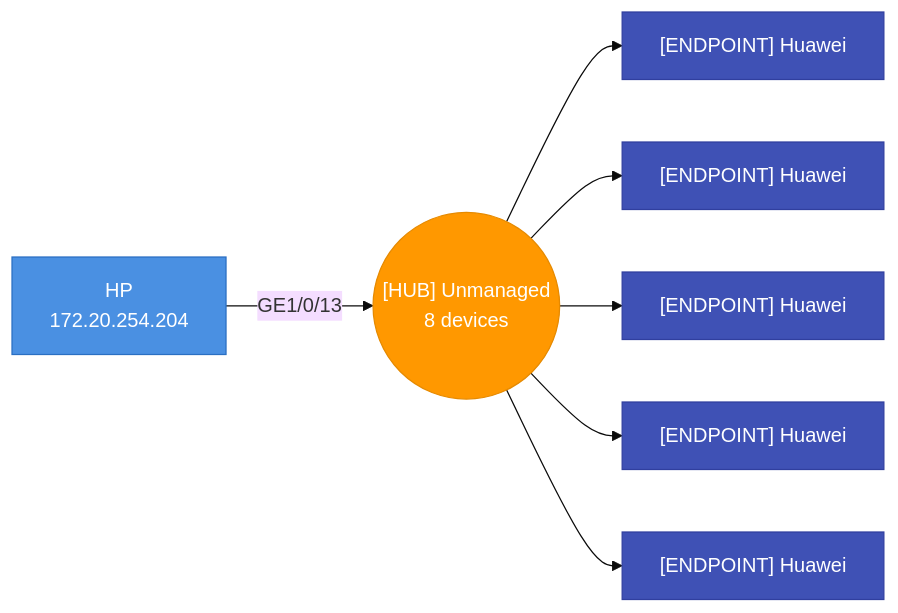
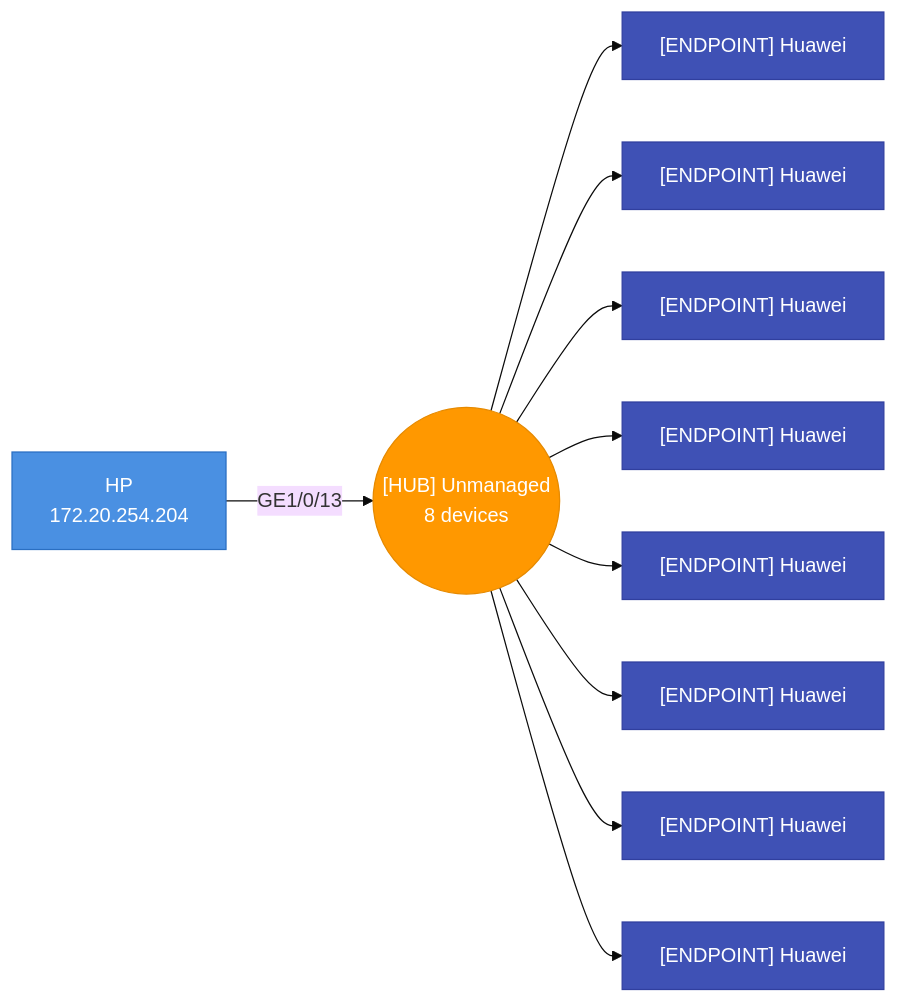
Diagram 19 of 47 in testdata/golden/audit_default.md (djamic/LLDP-Skanner-Go), drawn with Mermaid (base theme) before and after one commit. The commit also changed other lines of this file and 12 other files, not shown here.

````diff
--- a/testdata/golden/audit_default.md
+++ b/testdata/golden/audit_default.md
@@ -1763,23 +1907,32 @@
 ```mermaid
 graph LR
   hub_78485972ecee_p13(("[HUB] Unmanaged<br>8 devices"))
   78485972ecee["HP<br>172.20.254.204"]
   78485972ecee-- "GE1/0/13" -->hub_78485972ecee_p13
   style 78485972ecee fill:#4A90E2,stroke:#2A6FC2,color:#fff
   bc9b5e37bf26["[ENDPOINT] Huawei"]
   hub_78485972ecee_p13-->bc9b5e37bf26
   style bc9b5e37bf26 fill:#3F51B5,stroke:#303F9F,color:#fff
   bc9b5e37bf2b["[ENDPOINT] Huawei"]
   hub_78485972ecee_p13-->bc9b5e37bf2b
   style bc9b5e37bf2b fill:#3F51B5,stroke:#303F9F,color:#fff
   bc9b5e37bf2f["[ENDPOINT] Huawei"]
   hub_78485972ecee_p13-->bc9b5e37bf2f
   style bc9b5e37bf2f fill:#3F51B5,stroke:#303F9F,color:#fff
   bc9b5e37bf30["[ENDPOINT] Huawei"]
   hub_78485972ecee_p13-->bc9b5e37bf30
   style bc9b5e37bf30 fill:#3F51B5,stroke:#303F9F,color:#fff
   bc9b5e37bf43["[ENDPOINT] Huawei"]
   hub_78485972ecee_p13-->bc9b5e37bf43
   style bc9b5e37bf43 fill:#3F51B5,stroke:#303F9F,color:#fff
+  bc9b5e37bf53["[ENDPOINT] Huawei"]
+  hub_78485972ecee_p13-->bc9b5e37bf53
+  style bc9b5e37bf53 fill:#3F51B5,stroke:#303F9F,color:#fff
+  bc9b5e37bf57["[ENDPOINT] Huawei"]
+  hub_78485972ecee_p13-->bc9b5e37bf57
+  style bc9b5e37bf57 fill:#3F51B5,stroke:#303F9F,color:#fff
+  bc9b5e37bf58["[ENDPOINT] Huawei"]
+  hub_78485972ecee_p13-->bc9b5e37bf58
+  style bc9b5e37bf58 fill:#3F51B5,stroke:#303F9F,color:#fff
   style hub_78485972ecee_p13 fill:#FF9800,stroke:#E68A00,color:#fff
 ```
````
